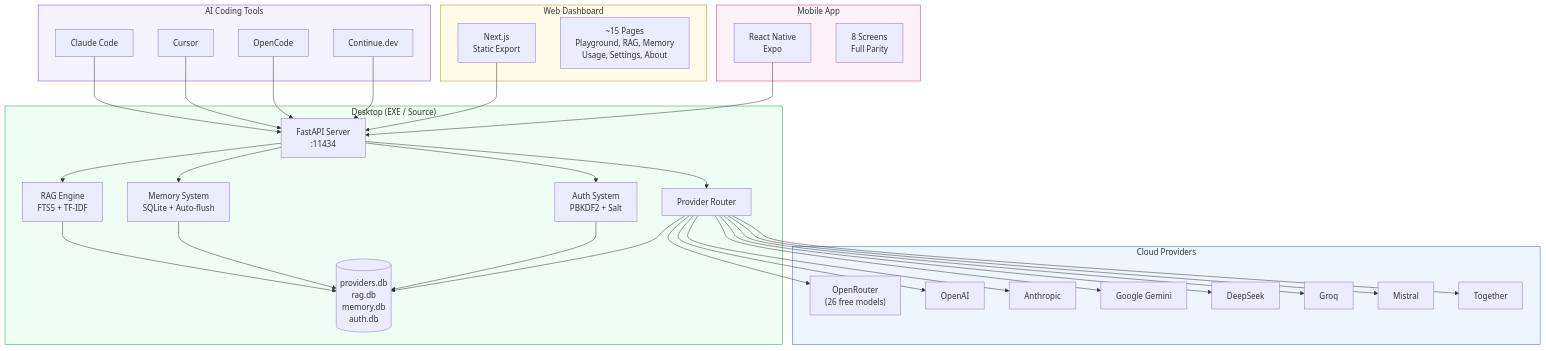
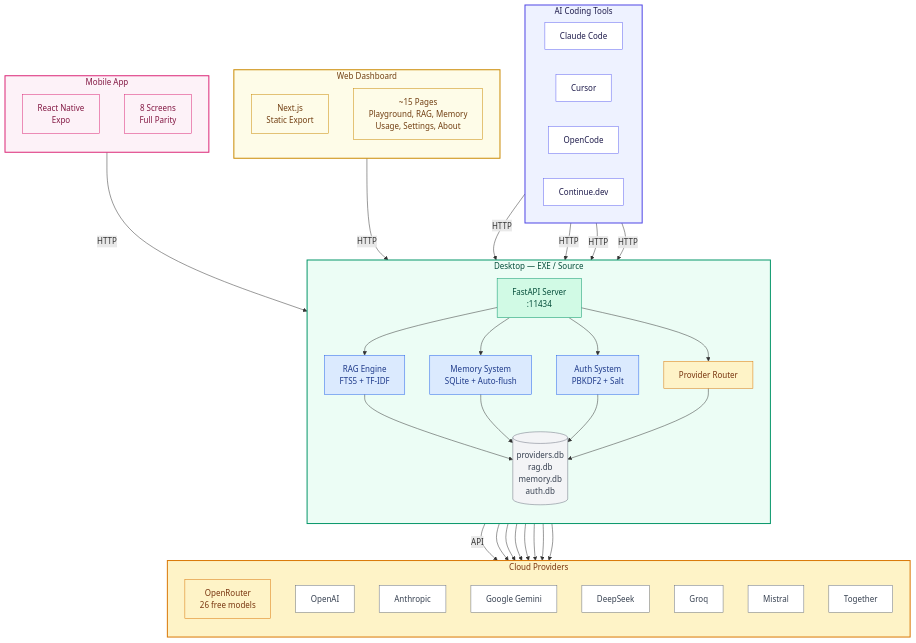
One commit to rbkhan007/Ollama-Emulator-Desktop-Ultimate changed the sixth of 8 diagrams in README.md. Above: the diagram before and after it, drawn with Mermaid. The commit also changed other lines of this file and 2 other files, not shown here.

Commit message:
docs: professional Mermaid diagrams with consistent styling

````diff
--- a/README.md
+++ b/README.md
@@ -380,6 +432,15 @@
 ```mermaid
 flowchart TB
-    subgraph Desktop["Desktop (EXE / Source)"]
+    subgraph Clients["AI Coding Tools"]
+        direction LR
+        CC["Claude Code"]
+        CU["Cursor"]
+        OC["OpenCode"]
+        CD["Continue.dev"]
+    end
+
+    subgraph Desktop["Desktop — EXE / Source"]
+        direction TB
         API["FastAPI Server<br/>:11434"]
         RAG["RAG Engine<br/>FTS5 + TF-IDF"]
         MEM["Memory System<br/>SQLite + Auto-flush"]
@@ -389,7 +450,8 @@
     end
 
     subgraph Providers["Cloud Providers"]
-        OR["OpenRouter<br/>(26 free models)"]
+        direction TB
+        OR["OpenRouter<br/>26 free models"]
         OAI["OpenAI"]
         ANTH["Anthropic"]
         GEM["Google Gemini"]
@@ -400,28 +462,23 @@
     end
 
     subgraph Frontend["Web Dashboard"]
+        direction TB
         NEXT["Next.js<br/>Static Export"]
         PAGES["~15 Pages<br/>Playground, RAG, Memory<br/>Usage, Settings, About"]
     end
 
     subgraph Mobile["Mobile App"]
+        direction TB
         RN["React Native<br/>Expo"]
         MSCREENS["8 Screens<br/>Full Parity"]
     end
 
-    subgraph Clients["AI Coding Tools"]
-        CC["Claude Code"]
-        CU["Cursor"]
-        OC["OpenCode"]
-        CD["Continue.dev"]
-    end
-
-    CC --> API
-    CU --> API
-    OC --> API
-    CD --> API
-    NEXT --> API
-    RN --> API
+    CC -->|HTTP| API
+    CU -->|HTTP| API
+    OC -->|HTTP| API
+    CD -->|HTTP| API
+    NEXT -->|HTTP| API
+    RN -->|HTTP| API
     API --> RAG
     API --> MEM
     API --> AUTH
@@ -430,7 +487,7 @@
     MEM --> DB
     AUTH --> DB
     ROUTER --> DB
-    ROUTER --> OR
+    ROUTER -->|API| OR
     ROUTER --> OAI
     ROUTER --> ANTH
     ROUTER --> GEM
@@ -439,9 +496,31 @@
     ROUTER --> MST
     ROUTER --> TGH
 
-    style Desktop fill:#f0fdf4,stroke:#16a34a
-    style Providers fill:#eff6ff,stroke:#2563eb
-    style Frontend fill:#fefce8,stroke:#ca8a04
-    style Mobile fill:#fdf2f8,stroke:#db2777
-    style Clients fill:#f5f3ff,stroke:#7c3aed
+    style Clients fill:#eef2ff,stroke:#4f46e5,stroke-width:2px,color:#1e1b4b
+    style Desktop fill:#ecfdf5,stroke:#059669,stroke-width:2px,color:#064e3b
+    style Providers fill:#fef3c7,stroke:#d97706,stroke-width:2px,color:#78350f
+    style Frontend fill:#fefce8,stroke:#ca8a04,stroke-width:2px,color:#713f12
+    style Mobile fill:#fdf2f8,stroke:#db2777,stroke-width:2px,color:#831843
+    style CC fill:#fff,stroke:#6366f1,color:#1e1b4b
+    style CU fill:#fff,stroke:#6366f1,color:#1e1b4b
+    style OC fill:#fff,stroke:#6366f1,color:#1e1b4b
+    style CD fill:#fff,stroke:#6366f1,color:#1e1b4b
+    style API fill:#d1fae5,stroke:#059669,color:#064e3b
+    style RAG fill:#dbeafe,stroke:#2563eb,color:#1e3a8a
+    style MEM fill:#dbeafe,stroke:#2563eb,color:#1e3a8a
+    style AUTH fill:#dbeafe,stroke:#2563eb,color:#1e3a8a
+    style ROUTER fill:#fef3c7,stroke:#d97706,color:#78350f
+    style DB fill:#f3f4f6,stroke:#6b7280,color:#374151
+    style OR fill:#fef3c7,stroke:#d97706,color:#78350f
+    style OAI fill:#fff,stroke:#6b7280,color:#374151
+    style ANTH fill:#fff,stroke:#6b7280,color:#374151
+    style GEM fill:#fff,stroke:#6b7280,color:#374151
+    style DS fill:#fff,stroke:#6b7280,color:#374151
+    style GRQ fill:#fff,stroke:#6b7280,color:#374151
+    style MST fill:#fff,stroke:#6b7280,color:#374151
+    style TGH fill:#fff,stroke:#6b7280,color:#374151
+    style NEXT fill:#fefce8,stroke:#ca8a04,color:#713f12
+    style PAGES fill:#fefce8,stroke:#ca8a04,color:#713f12
+    style RN fill:#fdf2f8,stroke:#db2777,color:#831843
+    style MSCREENS fill:#fdf2f8,stroke:#db2777,color:#831843
 ```
````
